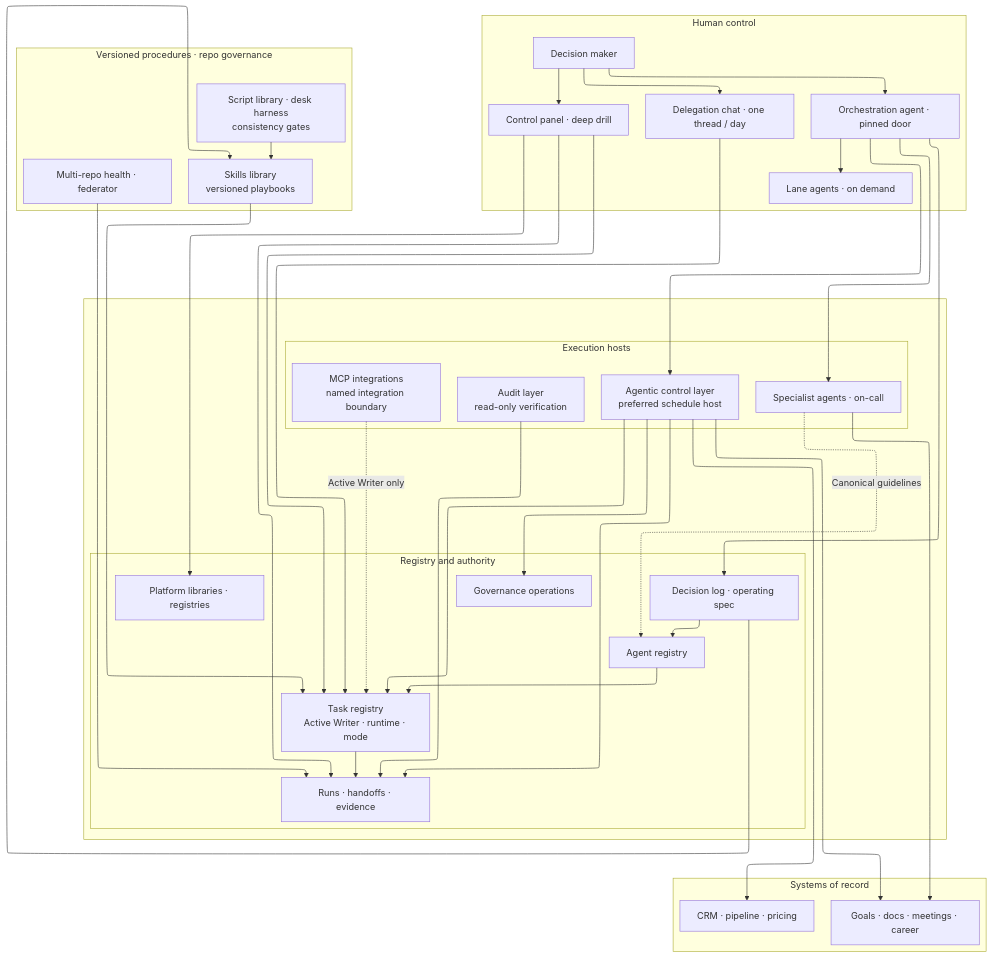
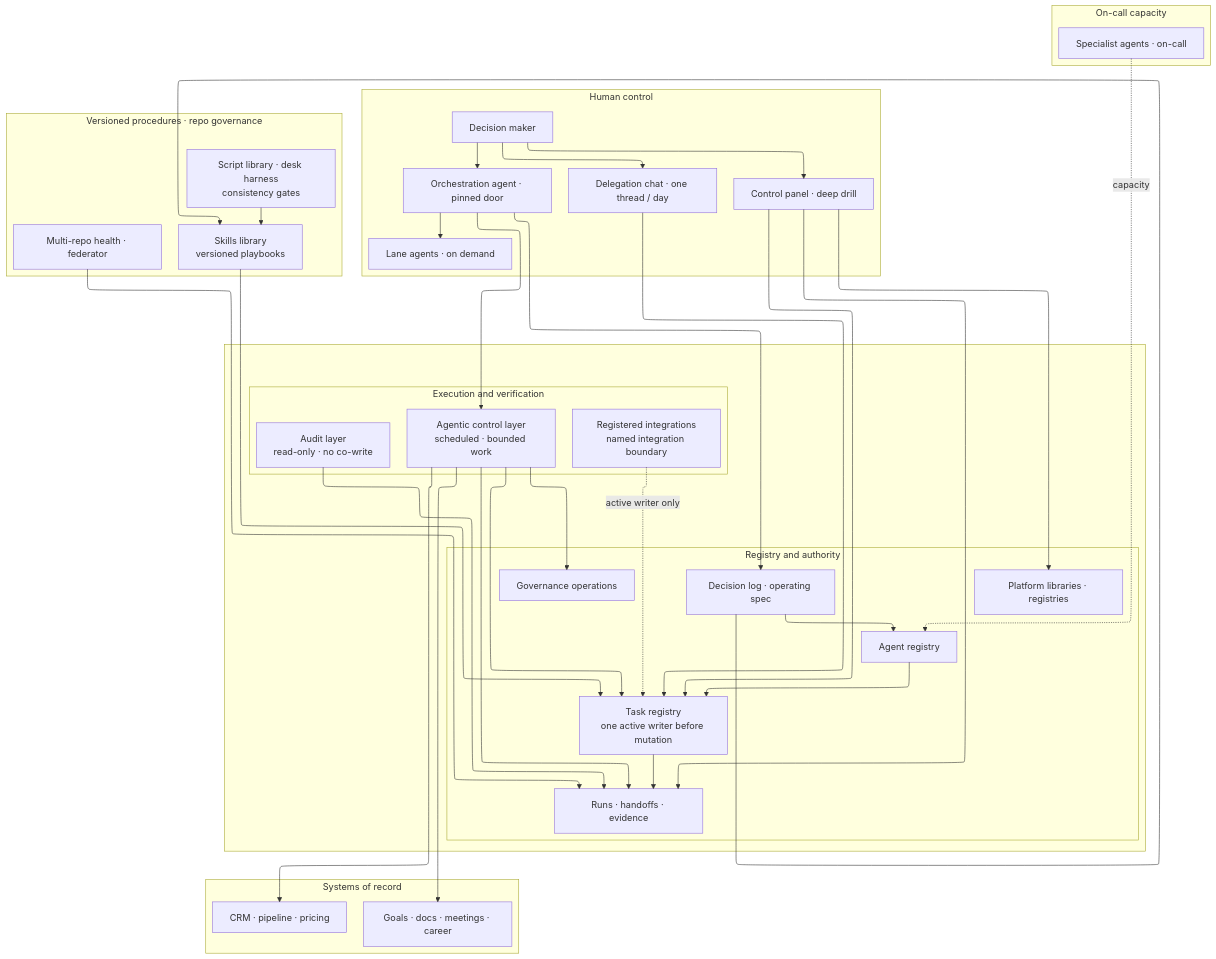
The diagram in docs/assets/diagrams/architecture-control-plane-detail.mmd (clintonpracher/operator-portfolio), drawn with Mermaid before and after one commit. The commit also changed 22 other files, not shown here.

```diff
--- a/docs/assets/diagrams/architecture-control-plane-detail.mmd
+++ b/docs/assets/diagrams/architecture-control-plane-detail.mmd
@@ -1,72 +1,73 @@
 %%{init: {"flowchart": {"defaultRenderer": "elk"}} }%%
 flowchart TB
   subgraph HUMAN["Human control"]
     DM["Decision maker"]
     ORCH["Orchestration agent · pinned door"]
     LANES["Lane agents · on demand"]
     CHAT["Delegation chat · one thread / day"]
     PANEL["Control panel · deep drill"]
   end
 
   subgraph MID[" "]
     direction LR
 
-    subgraph EXEC["Execution hosts"]
-      CURSOR["Agentic control layer<br/>preferred schedule host"]
-      SHADOW["Audit layer<br/>read-only verification"]
-      SPEC["Specialist agents · on-call"]
-      ISLAND["MCP integrations<br/>named integration boundary"]
+    subgraph EXEC["Execution and verification"]
+      AGENTIC["Agentic control layer<br/>scheduled · bounded work"]
+      AUDIT["Audit layer<br/>read-only · no co-write"]
+      ISLAND["Registered integrations<br/>named integration boundary"]
     end
 
     subgraph IDENTITY["Registry and authority"]
       DEC["Decision log · operating spec"]
       AR["Agent registry"]
-      ATR["Task registry<br/>Active Writer · runtime · mode"]
+      ATR["Task registry<br/>one active writer before mutation"]
       RUNS["Runs · handoffs · evidence"]
       GOV["Governance operations"]
       PLATFORM["Platform libraries · registries"]
     end
+  end
+
+  subgraph CAP["On-call capacity"]
+    SPEC["Specialist agents · on-call"]
   end
 
   subgraph REPO["Versioned procedures · repo governance"]
     direction LR
     SKILLS["Skills library<br/>versioned playbooks"]
     HARNESS["Script library · desk harness<br/>consistency gates"]
     FED["Multi-repo health · federator"]
   end
 
   subgraph SYSTEMS["Systems of record"]
     direction LR
     CRM["CRM · pipeline · pricing"]
-    NOTION["Goals · docs · meetings · career"]
+    SOR["Goals · docs · meetings · career"]
   end
 
   DM --> ORCH
   DM --> CHAT
   DM --> PANEL
   ORCH --> LANES
-  ORCH --> CURSOR
-  ORCH --> SPEC
+  ORCH --> AGENTIC
   CHAT --> ATR
   ORCH --> DEC
   PANEL --> ATR
   PANEL --> RUNS
   PANEL --> PLATFORM
 
   DEC --> AR
   AR --> ATR
   ATR --> RUNS
-  CURSOR --> ATR
-  CURSOR --> RUNS
-  CURSOR --> GOV
-  SHADOW --> RUNS
-  ISLAND -.->|Active Writer only| ATR
-  SPEC -.->|Canonical guidelines| AR
+  AGENTIC --> ATR
+  AGENTIC --> RUNS
+  AGENTIC --> GOV
+  AUDIT --> RUNS
+  ISLAND -.->|active writer only| ATR
+  SPEC -.->|capacity| AR
 
-  CURSOR --> CRM
-  CURSOR --> NOTION
-  SPEC --> NOTION
+  AGENTIC --> CRM
+  AGENTIC --> SOR
   SKILLS --> ATR
   HARNESS --> SKILLS
   FED --> RUNS
   DEC --> SKILLS
```
